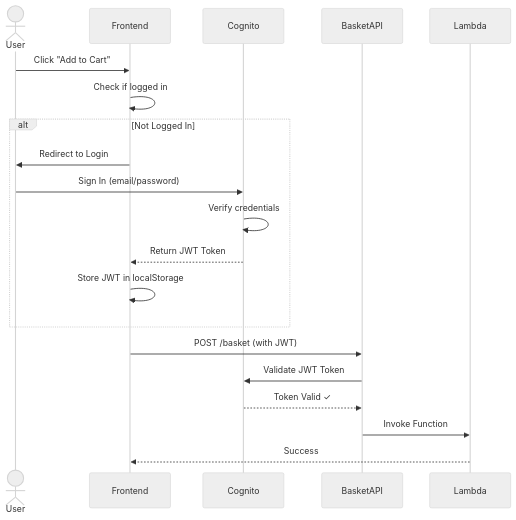
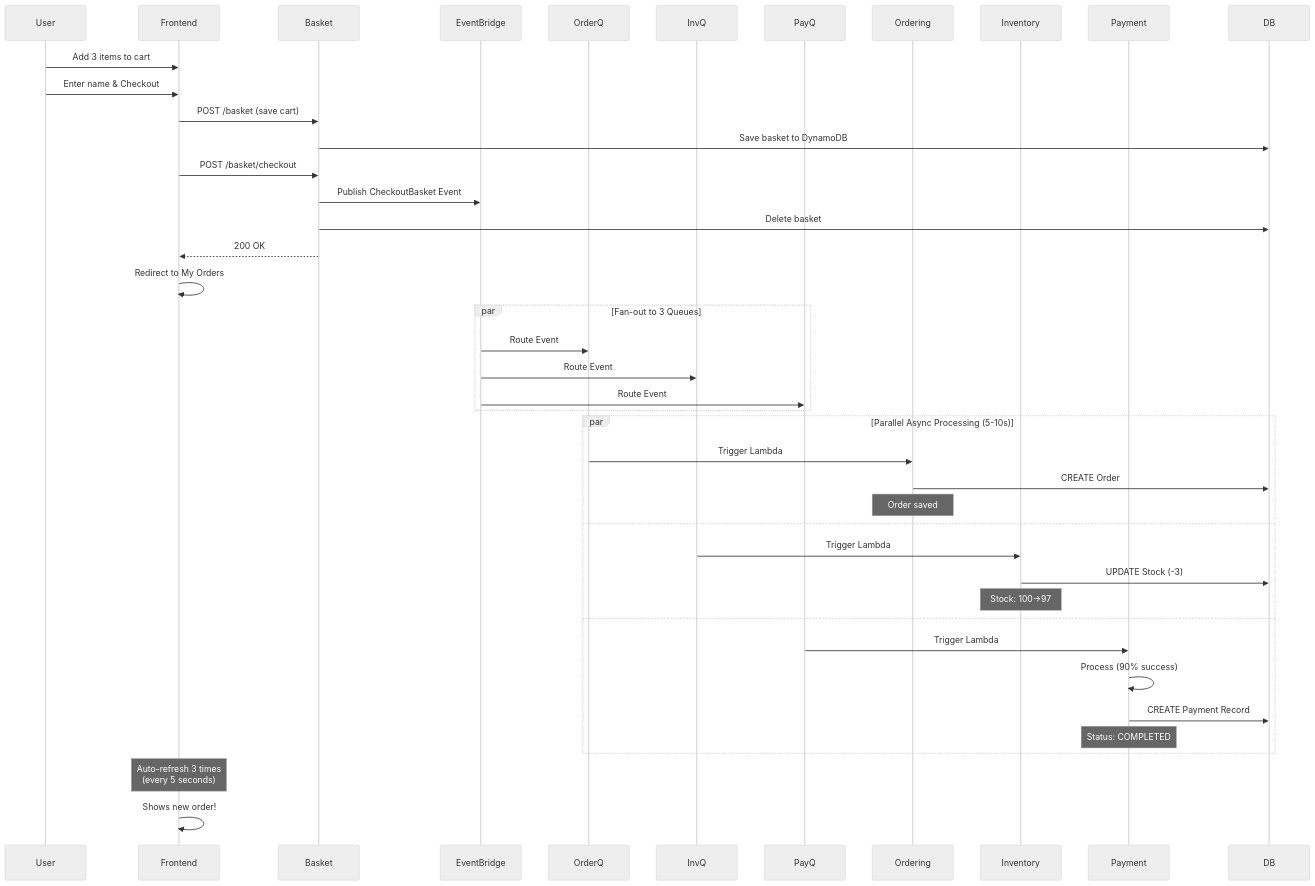
One commit to yarinacs/CS6200final_project changed the second of 2 diagrams in README.md. Above: the diagram before and after it, drawn with Mermaid (neutral theme). The commit also changed other lines of this file, not shown here.

Commit message:
Update README: remove authentication requirements, reflect current architecture

````diff
--- a/README.md
+++ b/README.md
@@ -106,24 +106,49 @@
 ```mermaid
 sequenceDiagram
-    actor User
+    participant User
     participant Frontend
-    participant Cognito
-    participant BasketAPI
-    participant Lambda
+    participant Basket
+    participant EventBridge
+    participant OrderQ
+    participant InvQ
+    participant PayQ
+    participant Ordering
+    participant Inventory
+    participant Payment
+    participant DB
 
-    User->>Frontend: Click "Add to Cart"
-    Frontend->>Frontend: Check if logged in
-    alt Not Logged In
-        Frontend->>User: Redirect to Login
-        User->>Cognito: Sign In (email/password)
-        Cognito->>Cognito: Verify credentials
-        Cognito-->>Frontend: Return JWT Token
-        Frontend->>Frontend: Store JWT in localStorage
+    User->>Frontend: Add 3 items to cart
+    User->>Frontend: Enter name & Checkout
+    Frontend->>Basket: POST /basket (save cart)
+    Basket->>DB: Save basket to DynamoDB
+    Frontend->>Basket: POST /basket/checkout
+    
+    Basket->>EventBridge: Publish CheckoutBasket Event
+    Basket->>DB: Delete basket
+    Basket-->>Frontend: 200 OK
+    Frontend->>Frontend: Redirect to My Orders
+    
+    par Fan-out to 3 Queues
+        EventBridge->>OrderQ: Route Event
+        EventBridge->>InvQ: Route Event
+        EventBridge->>PayQ: Route Event
     end
     
-    Frontend->>BasketAPI: POST /basket (with JWT)
-    BasketAPI->>Cognito: Validate JWT Token
-    Cognito-->>BasketAPI: Token Valid ✓
-    BasketAPI->>Lambda: Invoke Function
-    Lambda-->>Frontend: Success
+    par Parallel Async Processing (5-10s)
+        OrderQ->>Ordering: Trigger Lambda
+        Ordering->>DB: CREATE Order
+        Note over Ordering: Order saved
+        and
+        InvQ->>Inventory: Trigger Lambda
+        Inventory->>DB: UPDATE Stock (-3)
+        Note over Inventory: Stock: 100→97
+        and
+        PayQ->>Payment: Trigger Lambda
+        Payment->>Payment: Process (90% success)
+        Payment->>DB: CREATE Payment Record
+        Note over Payment: Status: COMPLETED
+    end
+    
+    Note over Frontend: Auto-refresh 3 times<br/>(every 5 seconds)
+    Frontend->>Frontend: Shows new order!
 ```
````
